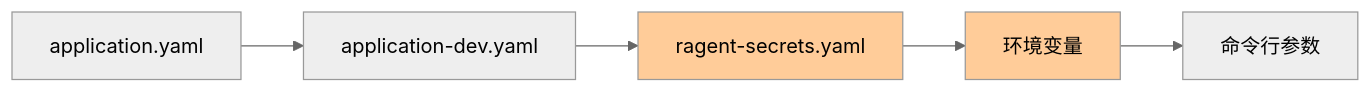
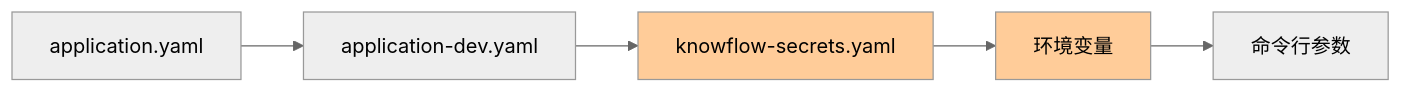
Before and after one commit to zz050627/KonwFlow: the diagram in docs/wiki/04-启动流程.md, drawn with Mermaid (neutral theme). The commit also changed other lines of this file and 77 other files, not shown here.

````diff
--- a/docs/wiki/04-启动流程.md
+++ b/docs/wiki/04-启动流程.md
@@ -38,10 +38,10 @@
 ```mermaid
 graph LR
     A[application.yaml] --> B[application-dev.yaml]
-    B --> C[ragent-secrets.yaml]
+    B --> C[knowflow-secrets.yaml]
     C --> D[环境变量]
     D --> E[命令行参数]
     
     style C fill:#ffcc99
     style D fill:#ffcc99
 ```
````
